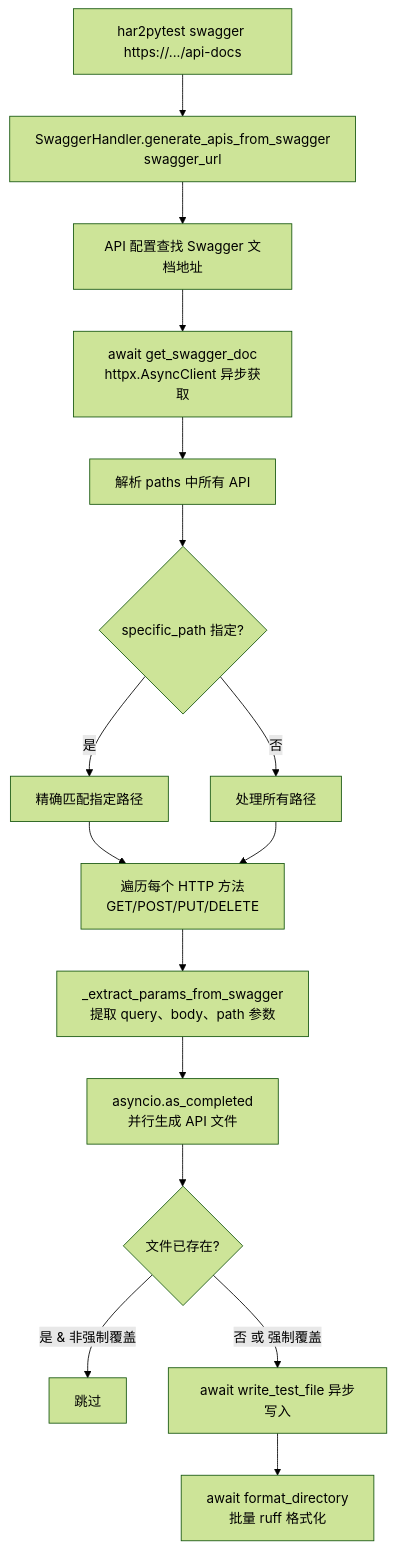
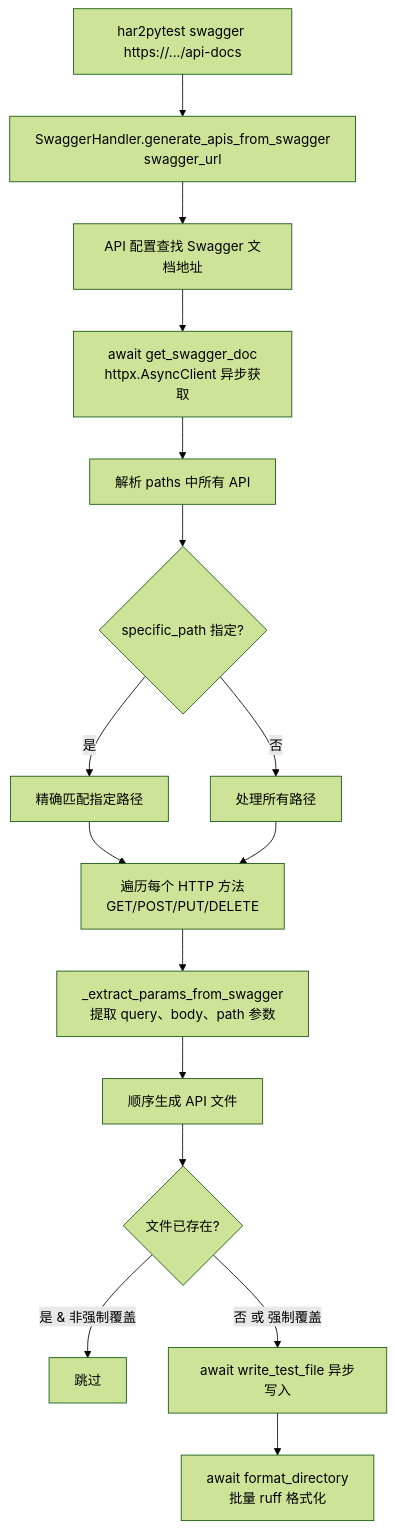
One commit to hewei198711/har2pytest changed the second of 2 diagrams in docs/api_file_generation.md. Above: the diagram before and after it, drawn with Mermaid (forest theme). The commit also changed other lines of this file and 27 other files, not shown here.

````diff
--- a/docs/api_file_generation.md
+++ b/docs/api_file_generation.md
@@ -236,19 +242,19 @@
 ```mermaid
 flowchart TD
     A[har2pytest swagger https://.../api-docs] --> B[SwaggerHandler.generate_apis_from_swagger<br/>swagger_url]
     B --> C[API 配置查找 Swagger 文档地址]
     C --> D[await get_swagger_doc<br/>httpx.AsyncClient 异步获取]
     D --> E[解析 paths 中所有 API]
     E --> F{specific_path 指定?}
     F -->|是| G[精确匹配指定路径]
     F -->|否| H[处理所有路径]
     G --> I
     H --> I
     I[遍历每个 HTTP 方法<br/>GET/POST/PUT/DELETE]
     I --> K[_extract_params_from_swagger<br/>提取 query、body、path 参数]
-    K --> L[asyncio.as_completed<br/>并行生成 API 文件]
+    K --> L[顺序生成 API 文件]
     L --> M{文件已存在?}
     M -->|是 & 非强制覆盖| N[跳过]
     M -->|否 或 强制覆盖| O[await write_test_file 异步写入]
     O --> P[await format_directory<br/>批量 ruff 格式化]
 ```
````
